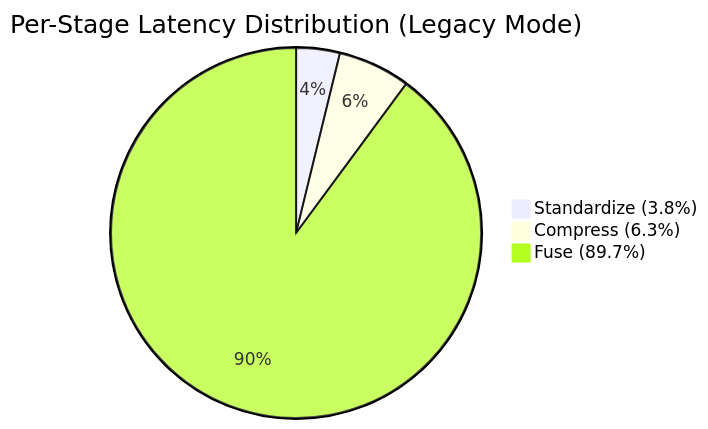
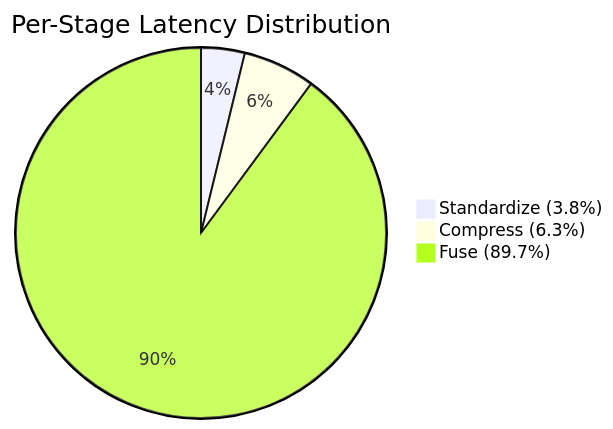
One commit to OpenSynaptic/OpenSynaptic changed the fourth of 5 diagrams in README.md. Above: the diagram before and after it, drawn with Mermaid. The commit also changed other lines of this file, not shown here.

````diff
--- a/README.md
+++ b/README.md
@@ -311,6 +306,6 @@
 ```mermaid
-pie title Per-Stage Latency Distribution (Legacy Mode)
+pie title Per-Stage Latency Distribution
     "Standardize (3.8%)" : 3.8
     "Compress (6.3%)" : 6.3
     "Fuse (89.7%)" : 89.7
 ```
````
